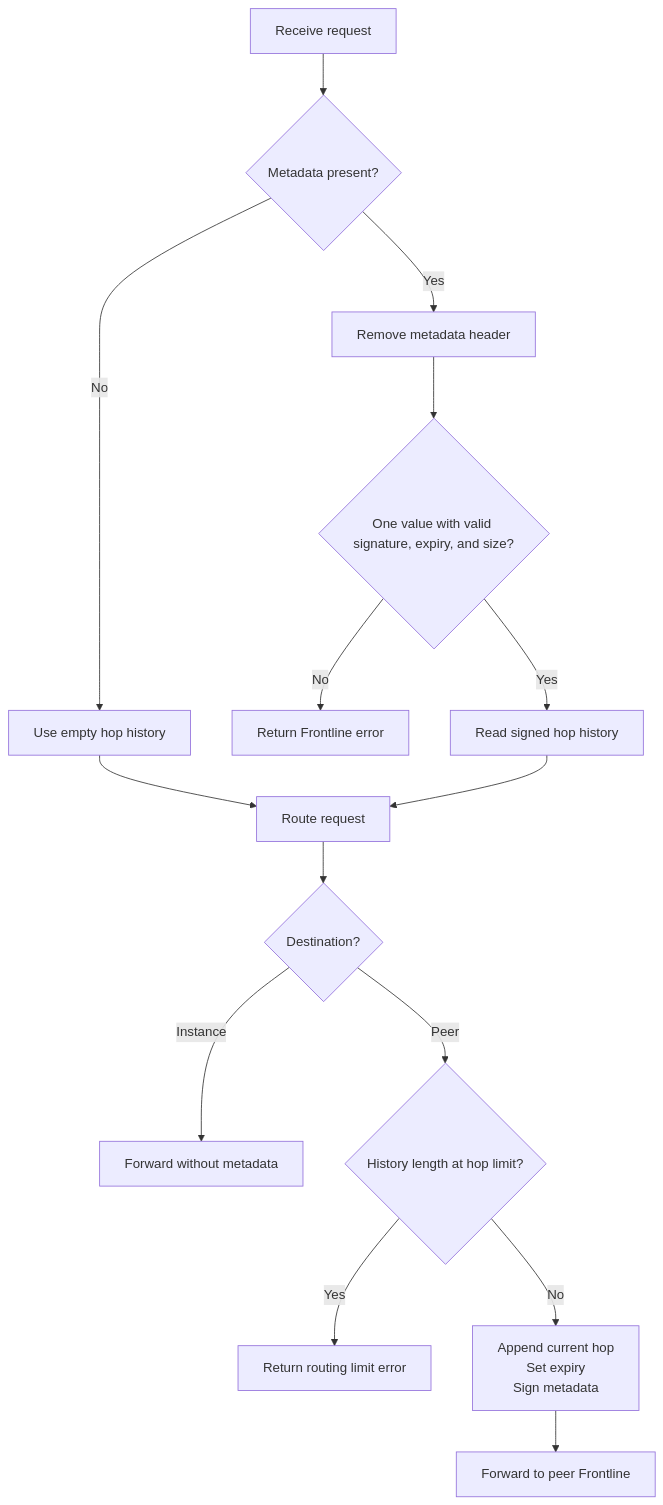
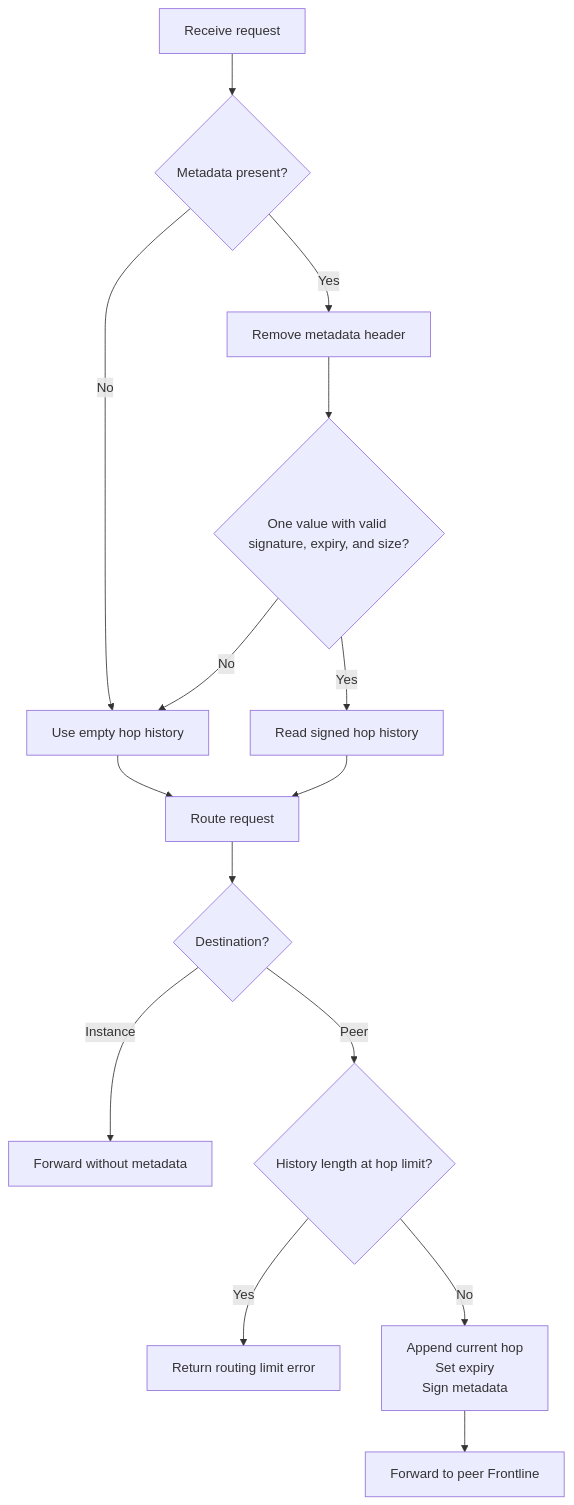
Before and after one commit to unkeyed/unkey: the second of 2 diagrams in docs/engineering/architecture/services/frontline/routing.mdx, drawn with Mermaid. The commit also changed other lines of this file and 6 other files, not shown here.

First line of the commit message:
fix(frontline): ignore invalid peer metadata

````diff
--- a/docs/engineering/architecture/services/frontline/routing.mdx
+++ b/docs/engineering/architecture/services/frontline/routing.mdx
@@ -58,17 +58,17 @@
 ```mermaid
 flowchart TD
   request["Receive request"] --> header{"Metadata present?"}
   header -- No --> zero["Use empty hop history"]
   header -- Yes --> remove["Remove metadata header"]
   remove --> verify{"One value with valid signature, expiry, and size?"}
-  verify -- No --> invalid["Return Frontline error"]
+  verify -- No --> zero
   verify -- Yes --> read["Read signed hop history"]
   zero --> route["Route request"]
   read --> route
   route --> destination{"Destination?"}
   destination -- Instance --> strip["Forward without metadata"]
   destination -- Peer --> limit{"History length at hop limit?"}
   limit -- Yes --> reject["Return routing limit error"]
   limit -- No --> sign["Append current hop<br/>Set expiry<br/>Sign metadata"]
   sign --> peer["Forward to peer Frontline"]
 ```
````
